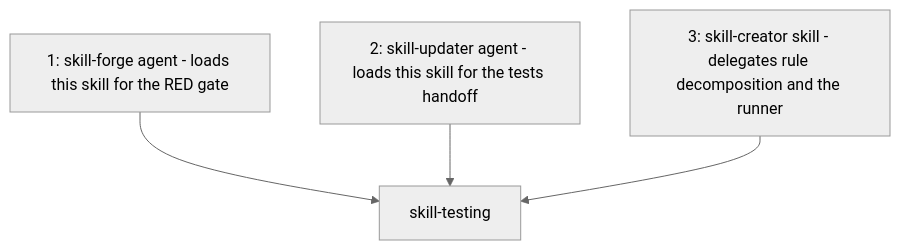
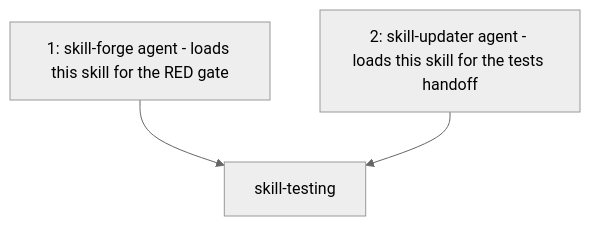
The first of 2 diagrams in realistic-mess-based-on-jpa-entities-challenge/.opencode/skills/skill-testing/README.md (kevin-llps/payments-hexagonal-architecture-migration-challenge), drawn with Mermaid (neutral theme) before and after one commit.

Commit message:
fix(skill-testing): remove stale skill-creator node from dependency graph
skill-creator never references skill-testing; rule decomposition is
delegated to the skill-forge agent instead. Verified callers (skill-forge
and skill-updater agents) remain listed.

````diff
--- a/realistic-mess-based-on-jpa-entities-challenge/.opencode/skills/skill-testing/README.md
+++ b/realistic-mess-based-on-jpa-entities-challenge/.opencode/skills/skill-testing/README.md
@@ -23,6 +23,5 @@
 ```mermaid
 graph TD
     A1["1: skill-forge agent - loads this skill for the RED gate"] --> S["skill-testing"]
     A2["2: skill-updater agent - loads this skill for the tests handoff"] --> S
-    A3["3: skill-creator skill - delegates rule decomposition and the runner"] --> S
 ```
````
